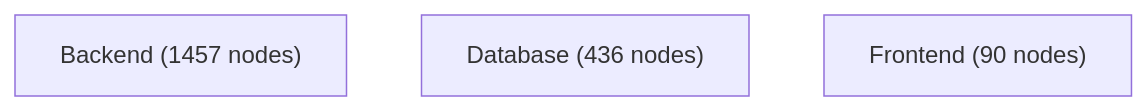
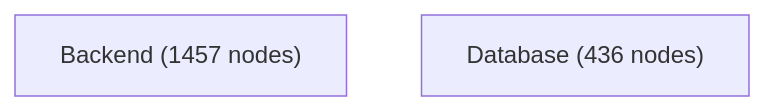
One commit to jankneumann/agentic-coding-tools changed the diagram in docs/architecture-analysis/views/containers.mmd. Above: the diagram before and after it, drawn with Mermaid. The commit also changed 45 other files, not shown here.

```diff
--- a/docs/architecture-analysis/views/containers.mmd
+++ b/docs/architecture-analysis/views/containers.mmd
@@ -1,4 +1,3 @@
 flowchart TB
     Backend["Backend (1457 nodes)"]
     Database["Database (436 nodes)"]
-    Frontend["Frontend (90 nodes)"]
```
